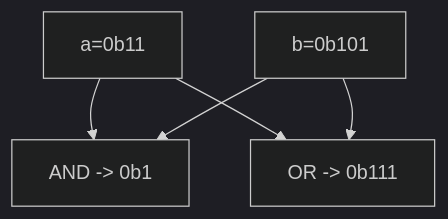
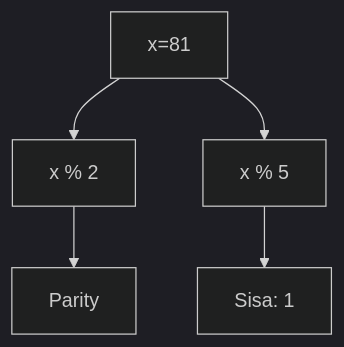
One commit to amnahwaida/OSNK_INF_PREP changed the third of 25 diagrams in part-c-pemahaman-cpp/06-bitwise/latihan/set-07.md. Above: the diagram before and after it, drawn with Mermaid (dark theme). The commit also changed other lines of this file and 71 other files, not shown here.

````diff
--- a/part-c-pemahaman-cpp/06-bitwise/latihan/set-07.md
+++ b/part-c-pemahaman-cpp/06-bitwise/latihan/set-07.md
@@ -107,7 +85,7 @@
 ```mermaid
 graph TD
-    A["a=0b11"] --> C["AND -> 0b1"]
-    B["b=0b101"] --> C
-    A --> D["OR  -> 0b111"]
-    B --> D
+A[x=81] --> B[x % 2]
+B --> C[Parity]
+A --> D[x % 5]
+D --> E[Sisa: 1]
 ```
````
